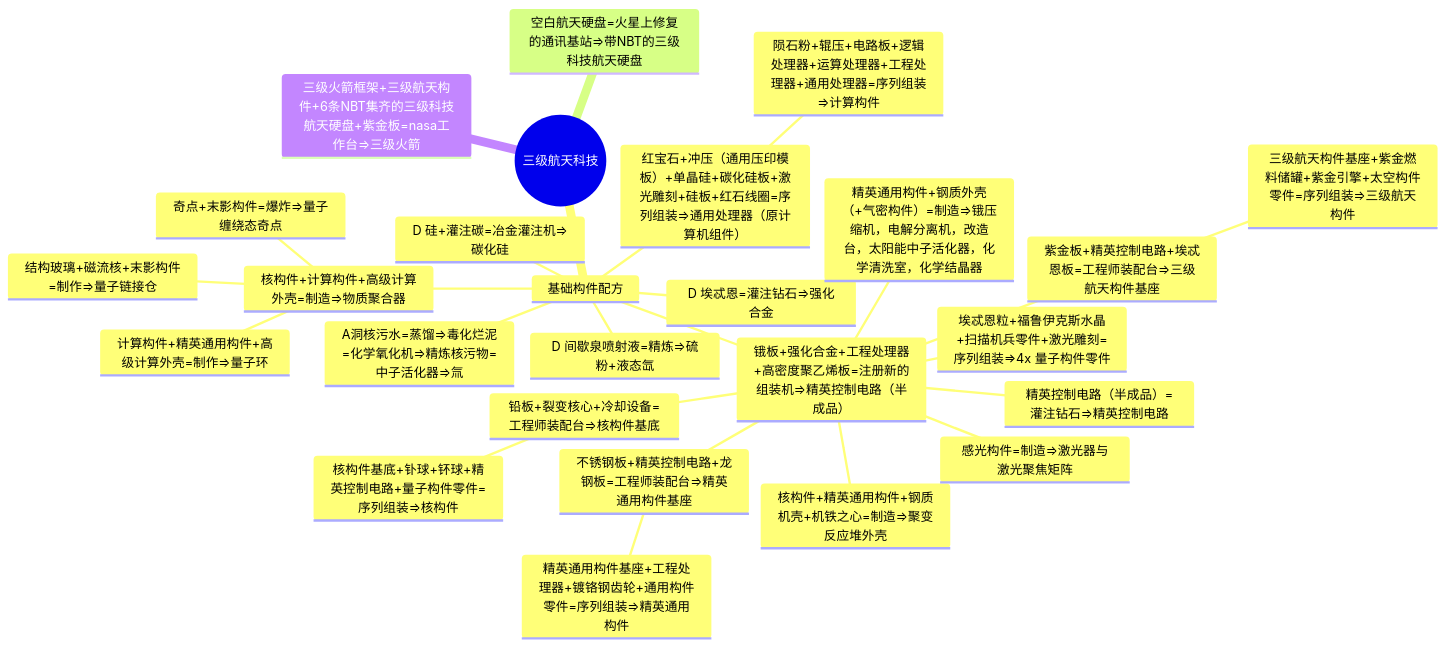
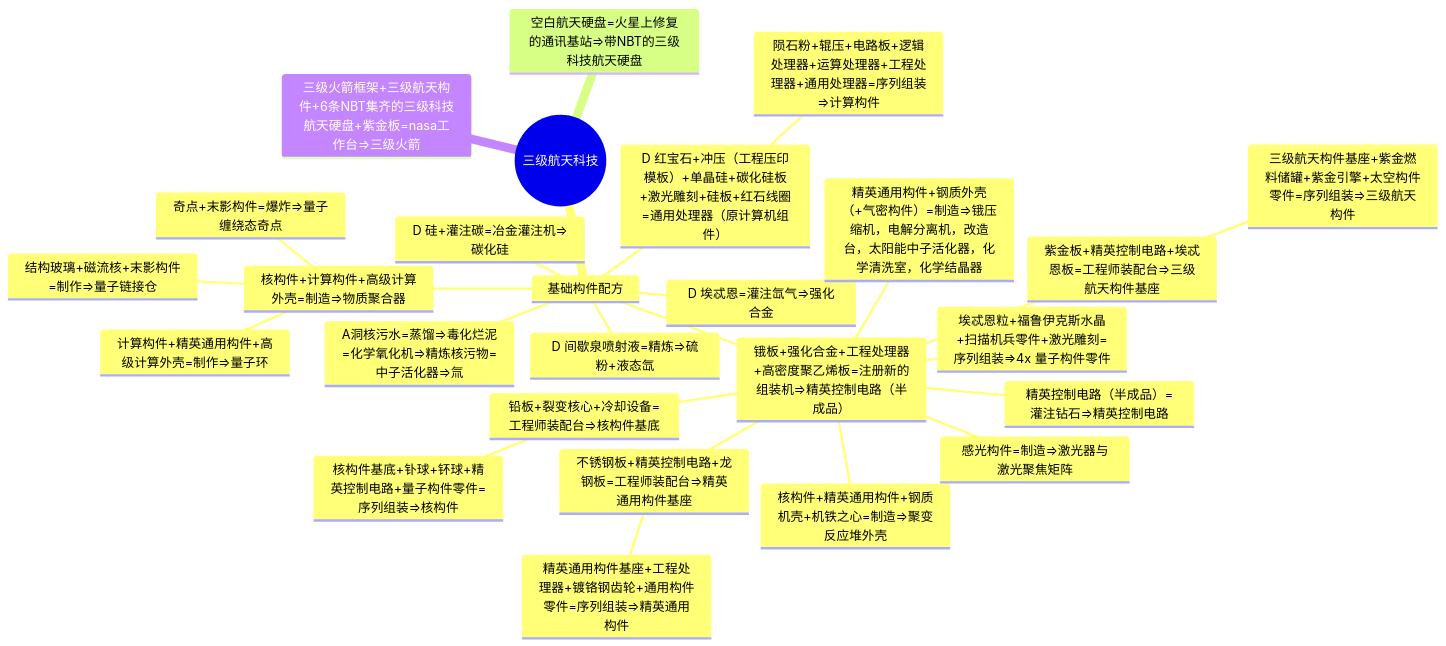
The third of 4 diagrams in Developer/TechTreeMap.md (VechniMetel/CodeNameCIM2), drawn with Mermaid before and after one commit.

````diff
--- a/Developer/TechTreeMap.md
+++ b/Developer/TechTreeMap.md
@@ -80,29 +80,29 @@
 ``` mermaid
 mindmap
     root((三级航天科技))
         基础构件配方
             D 间歇泉喷射液=精炼=>硫粉+液态氙
-            D 埃忒恩=灌注钻石=>强化合金
+            D 埃忒恩=灌注氙气=>强化合金
             D 硅+灌注碳=冶金灌注机=>碳化硅
-            红宝石+冲压（通用压印模板）+单晶硅+碳化硅板+激光雕刻+硅板+红石线圈=序列组装=>通用处理器（原计算机组件）
+            D 红宝石+冲压（工程压印模板）+单晶硅+碳化硅板+激光雕刻+硅板+红石线圈=通用处理器（原计算机组件）
                 陨石粉+辊压+电路板+逻辑处理器+运算处理器+工程处理器+通用处理器=序列组装=>计算构件
             锇板+强化合金+工程处理器+高密度聚乙烯板=注册新的组装机=>精英控制电路（半成品）
                 精英控制电路（半成品）=灌注钻石=>精英控制电路
                 紫金板+精英控制电路+埃忒恩板=工程师装配台=>三级航天构件基座
                     三级航天构件基座+紫金燃料储罐+紫金引擎+太空构件零件=序列组装=>三级航天构件
                 不锈钢板+精英控制电路+龙钢板=工程师装配台=>精英通用构件基座
                     精英通用构件基座+工程处理器+镀铬钢齿轮+通用构件零件=序列组装=>精英通用构件
                 埃忒恩粒+福鲁伊克斯水晶+扫描机兵零件+激光雕刻=序列组装=>4x 量子构件零件
                 铅板+裂变核心+冷却设备=工程师装配台=>核构件基底
                     核构件基底+钋球+钚球+精英控制电路+量子构件零件=序列组装=>核构件
                 核构件+精英通用构件+钢质机壳+机铁之心=制造=>聚变反应堆外壳
                 感光构件=制造=>激光器与激光聚焦矩阵
                 精英通用构件+钢质外壳（+气密构件）=制造=>锇压缩机，电解分离机，改造台，太阳能中子活化器，化学清洗室，化学结晶器
             核构件+计算构件+高级计算外壳=制造=>物质聚合器
                 奇点+末影构件=爆炸=>量子缠绕态奇点
                 计算构件+精英通用构件+高级计算外壳=制作=>量子环
                 结构玻璃+磁流核+末影构件=制作=>量子链接仓
             A洞核污水=蒸馏=>毒化烂泥=化学氧化机=>精炼核污物=中子活化器=>氚
         空白航天硬盘=火星上修复的通讯基站=>带NBT的三级科技航天硬盘
         三级火箭框架+三级航天构件+6条NBT集齐的三级科技航天硬盘+紫金板=nasa工作台=>三级火箭
 ```
````
